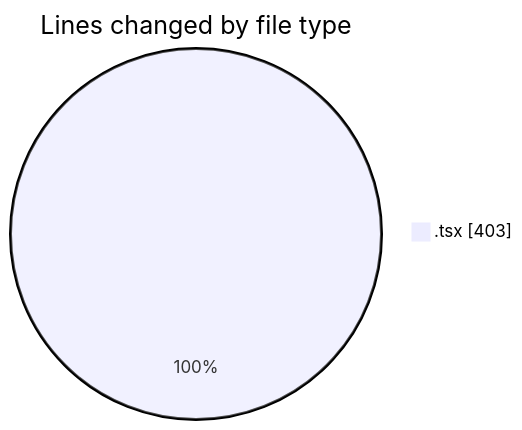
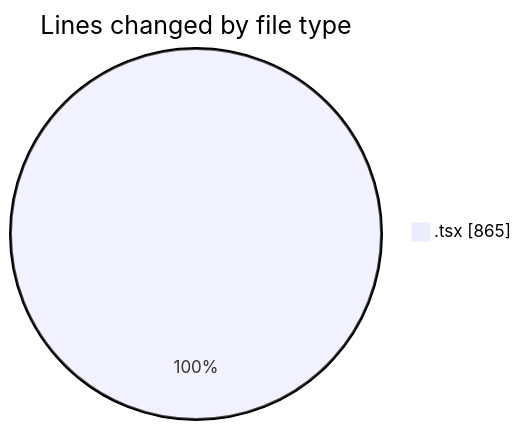
Before and after one commit to Elitesun/code-tracking: the first of 2 diagrams in 2025-05-07/niten/README.md, drawn with Mermaid. The commit also changed other lines of this file and 1 other file, not shown here.

````diff
--- a/2025-05-07/niten/README.md
+++ b/2025-05-07/niten/README.md
@@ -25,5 +32,5 @@
 ```mermaid
 pie showData
 title Lines changed by file type
-".tsx" : 403
+".tsx" : 865
 ```
````
